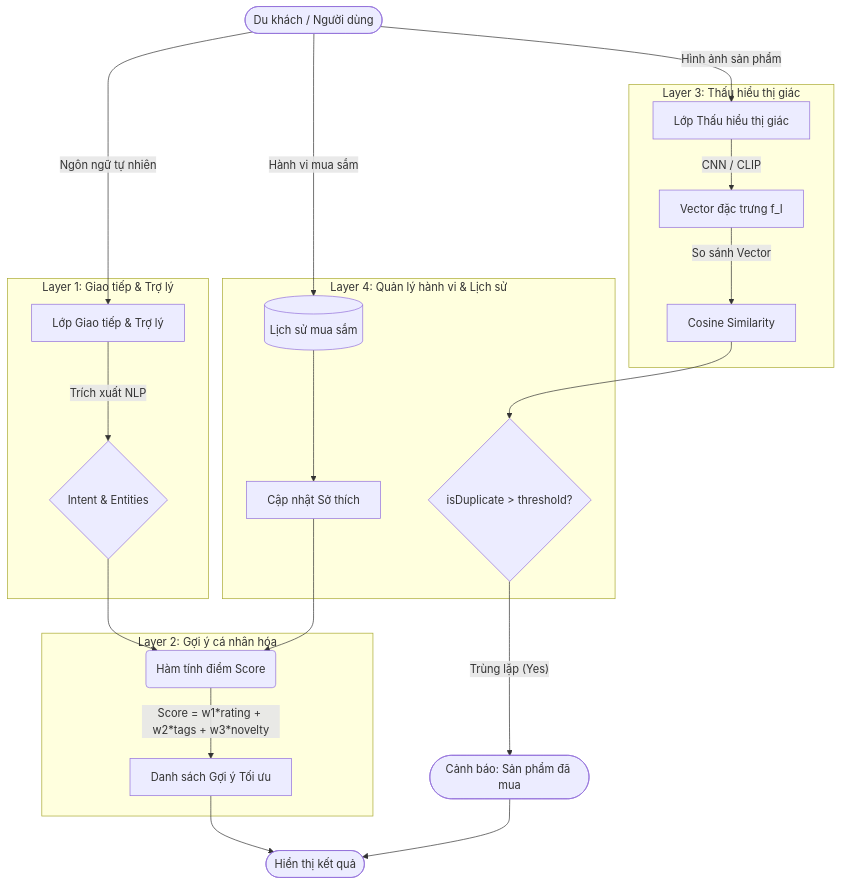
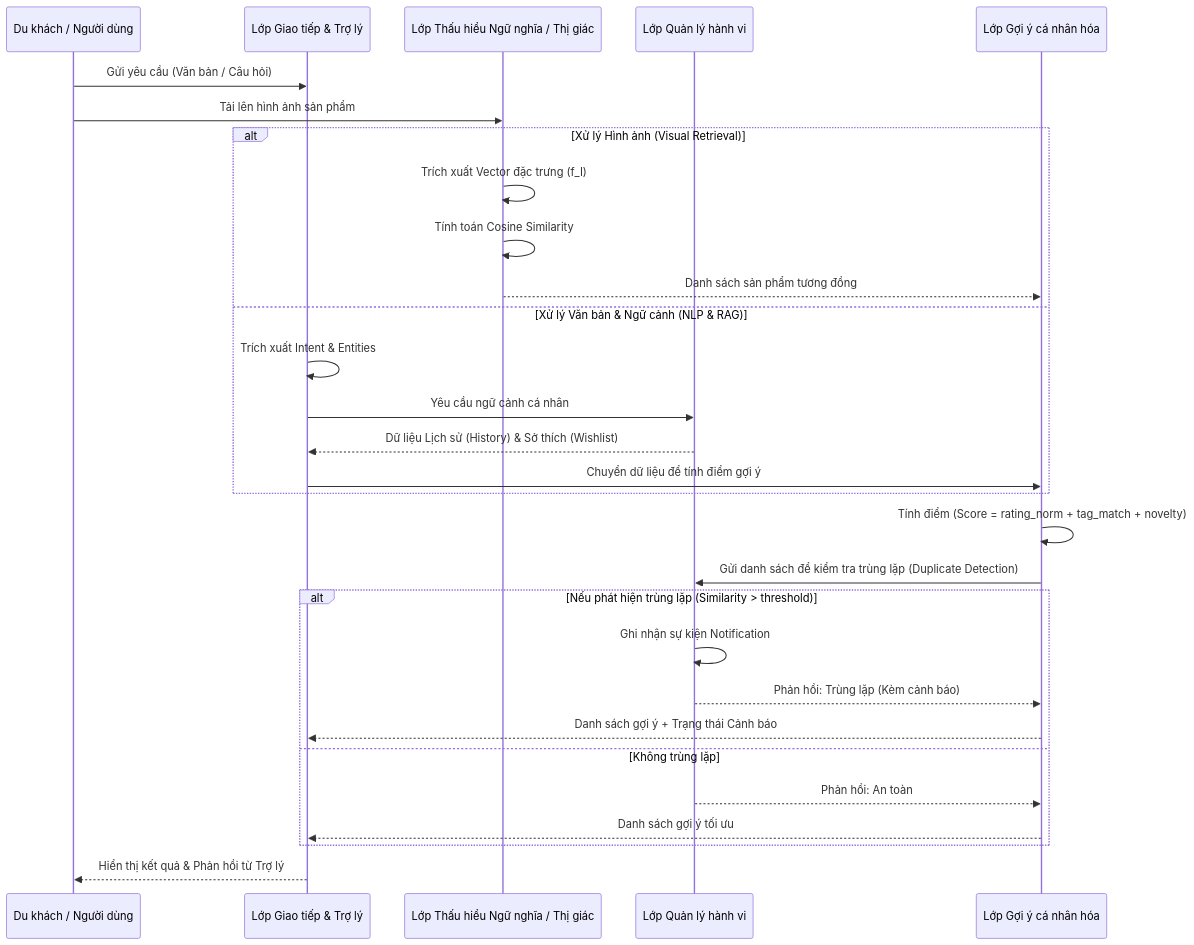
One commit to KhangDinh610/Smart-Travel-System-Project changed the third of 8 diagrams in README.md. Above: the diagram before and after it, drawn with Mermaid. The commit also changed other lines of this file, not shown here.

````diff
--- a/README.md
+++ b/README.md
@@ -409,26 +462,36 @@
 ```mermaid
-flowchart TB
-    User(["Du khách / Người dùng"])
-    User -- "Ngôn ngữ tự nhiên" --> L1_Input["Lớp Giao tiếp & Trợ lý"]
-    User -- "Hình ảnh sản phẩm" --> L3_Visual["Lớp Thấu hiểu thị giác"]
-    User -- "Hành vi mua sắm" --> DB_History[("Lịch sử mua sắm")]
-    subgraph Layer 1: Giao tiếp & Trợ lý
-        L1_Input -- "Trích xuất NLP" --> NLP_Data{"Intent & Entities"}
+sequenceDiagram
+    participant User as Du khách / Người dùng
+    participant L1 as Lớp Giao tiếp & Trợ lý
+    participant L3 as Lớp Thấu hiểu Ngữ nghĩa / Thị giác
+    participant L4 as Lớp Quản lý hành vi
+    participant L2 as Lớp Gợi ý cá nhân hóa
+
+    User->>L1: Gửi yêu cầu (Văn bản / Câu hỏi)
+    User->>L3: Tải lên hình ảnh sản phẩm
+    
+    alt Xử lý Hình ảnh (Visual Retrieval)
+        L3->>L3: Trích xuất Vector đặc trưng (f_I)
+        L3->>L3: Tính toán Cosine Similarity
+        L3-->>L2: Danh sách sản phẩm tương đồng
+    else Xử lý Văn bản & Ngữ cảnh (NLP & RAG)
+        L1->>L1: Trích xuất Intent & Entities
+        L1->>L4: Yêu cầu ngữ cảnh cá nhân
+        L4-->>L1: Dữ liệu Lịch sử (History) & Sở thích (Wishlist)
+        L1->>L2: Chuyển dữ liệu để tính điểm gợi ý
     end
-    subgraph Layer 3: Thấu hiểu thị giác
-        L3_Visual -- "CNN / CLIP" --> Embedding["Vector đặc trưng f_I"]
-        Embedding -- "So sánh Vector" --> CosineSim["Cosine Similarity"]
+    
+    L2->>L2: Tính điểm (Score = rating_norm + tag_match + novelty)
+    L2->>L4: Gửi danh sách để kiểm tra trùng lặp (Duplicate Detection)
+    
+    alt Nếu phát hiện trùng lặp (Similarity > threshold)
+        L4->>L4: Ghi nhận sự kiện Notification
+        L4-->>L2: Phản hồi: Trùng lặp (Kèm cảnh báo)
+        L2-->>L1: Danh sách gợi ý + Trạng thái Cảnh báo
+    else Không trùng lặp
+        L4-->>L2: Phản hồi: An toàn
+        L2-->>L1: Danh sách gợi ý tối ưu
     end
-    subgraph Layer 4: Quản lý hành vi & Lịch sử
-        DB_History --> PrefUpdate["Cập nhật Sở thích"]
-        CosineSim --> DupCheck{"isDuplicate > threshold?"}
-    end
-    subgraph Layer 2: Gợi ý cá nhân hóa
-        NLP_Data --> ScoringFunc("Hàm tính điểm Score")
-        PrefUpdate --> ScoringFunc
-        ScoringFunc -- "Score = w1*rating + w2*tags + w3*novelty" --> RankedList["Danh sách Gợi ý Tối ưu"]
-    end
-    DupCheck -- "Trùng lặp (Yes)" --> Warning(["Cảnh báo: Sản phẩm đã mua"])
-    RankedList --> Output(["Hiển thị kết quả"])
-    Warning --> Output
+    
+    L1-->>User: Hiển thị kết quả & Phản hồi từ Trợ lý
 ```
````
